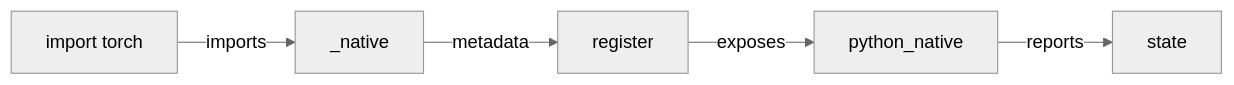
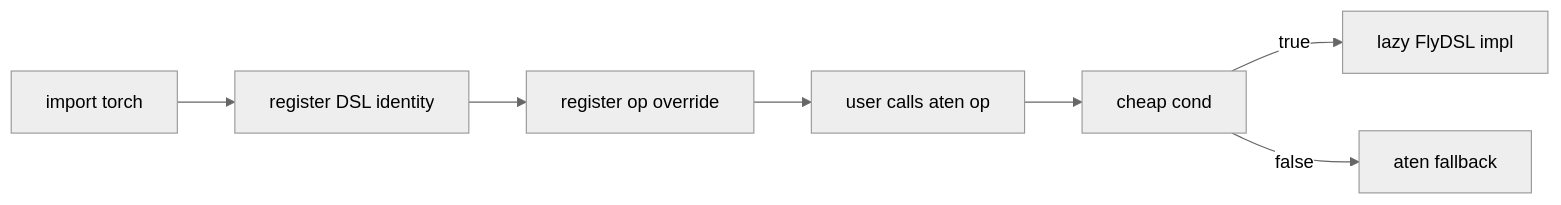
One commit to XiaobingSuper/FlyDSL changed the second of 6 diagrams in docs/pytorch_integration_rfc.md. Above: the diagram before and after it, drawn with Mermaid (neutral theme). The commit also changed other lines of this file, not shown here.

````diff
--- a/docs/pytorch_integration_rfc.md
+++ b/docs/pytorch_integration_rfc.md
@@ -176,7 +129,9 @@
 ```mermaid
 flowchart LR
-    A["import torch"] -->|imports| B["_native"]
-    B -->|metadata| C["register"]
-    C -->|exposes| D["python_native"]
-    D -->|reports| E["state"]
+    A["import torch"] --> B["register DSL identity"]
+    B --> C["register op override"]
+    C --> D["user calls aten op"]
+    D --> E["cheap cond"]
+    E -->|true| F["lazy FlyDSL impl"]
+    E -->|false| G["aten fallback"]
 ```
````
